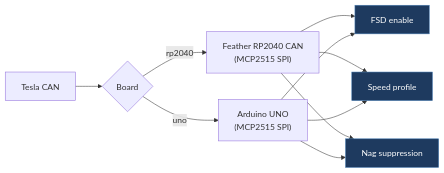
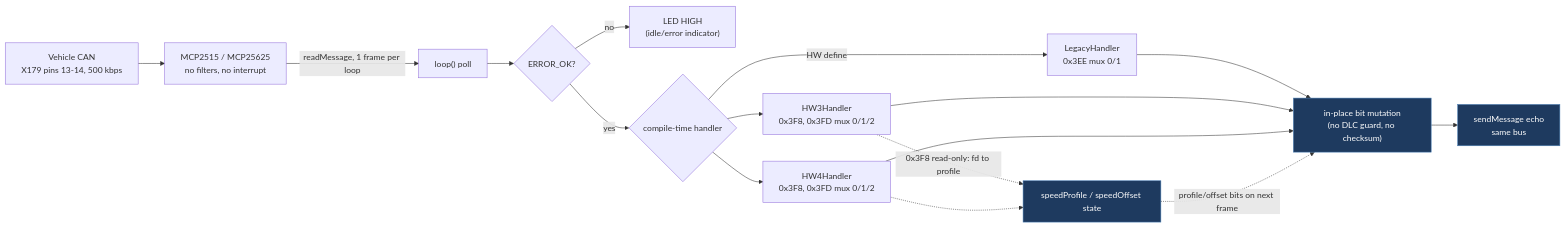
The diagram in docs/legacy/iubns-tesla-fsd-can-mod.md (babico/TeslaCANModder), drawn with Mermaid before and after one commit. The commit also changed other lines of this file and 99 other files, not shown here.

````diff
--- a/docs/legacy/iubns-tesla-fsd-can-mod.md
+++ b/docs/legacy/iubns-tesla-fsd-can-mod.md
@@ -26,11 +64,20 @@
 ```mermaid
 flowchart LR
-    Car["Tesla CAN"] --> MCU{"Board"}
-    MCU -->|rp2040| RP["Feather RP2040 CAN<br/>(MCP2515 SPI)"]
-    MCU -->|uno| UNO["Arduino UNO<br/>(MCP2515 SPI)"]
-    RP & UNO --> FSD["FSD enable"]
-    RP & UNO --> Prof["Speed profile"]
-    RP & UNO --> Nag["Nag suppression"]
-    classDef path fill:#1e3a5f,stroke:#4a7fb5,color:#fff
-    class FSD,Prof,Nag path
+    Bus["Vehicle CAN<br/>X179 pins 13-14, 500 kbps"] --> MCP["MCP2515 / MCP25625<br/>no filters, no interrupt"]
+    MCP -->|readMessage, 1 frame per loop| Loop["loop() poll"]
+    Loop --> Err{"ERROR_OK?"}
+    Err -->|no| LED["LED HIGH<br/>(idle/error indicator)"]
+    Err -->|yes| Sel{"compile-time handler"}
+    Sel -->|HW define| Legacy["LegacyHandler<br/>0x3EE mux 0/1"]
+    Sel --> HW3["HW3Handler<br/>0x3F8, 0x3FD mux 0/1/2"]
+    Sel --> HW4["HW4Handler<br/>0x3F8, 0x3FD mux 0/1/2"]
+    Legacy --> Mut["in-place bit mutation<br/>(no DLC guard, no checksum)"]
+    HW3 --> Mut
+    HW4 --> Mut
+    HW3 -.->|0x3F8 read-only: fd to profile| State["speedProfile / speedOffset state"]
+    HW4 -.-> State
+    State -.->|profile/offset bits on next frame| Mut
+    Mut --> TX["sendMessage echo<br/>same bus"]
+    classDef mut fill:#1e3a5f,stroke:#4a7fb5,color:#fff
+    class Mut,TX,State mut
 ```
````
